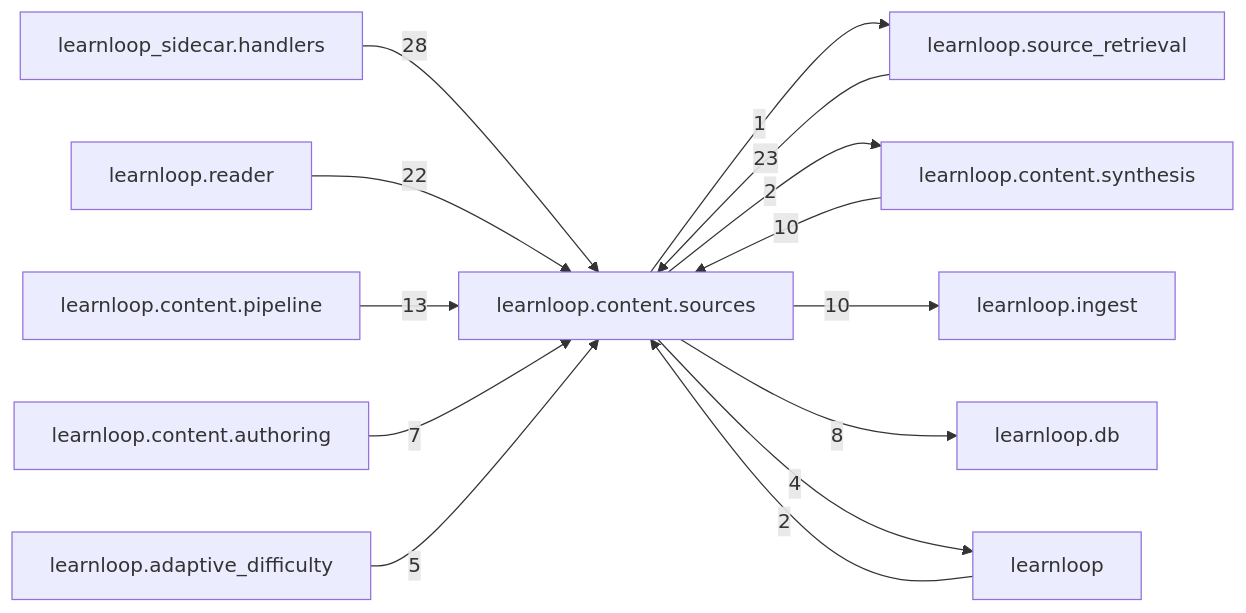
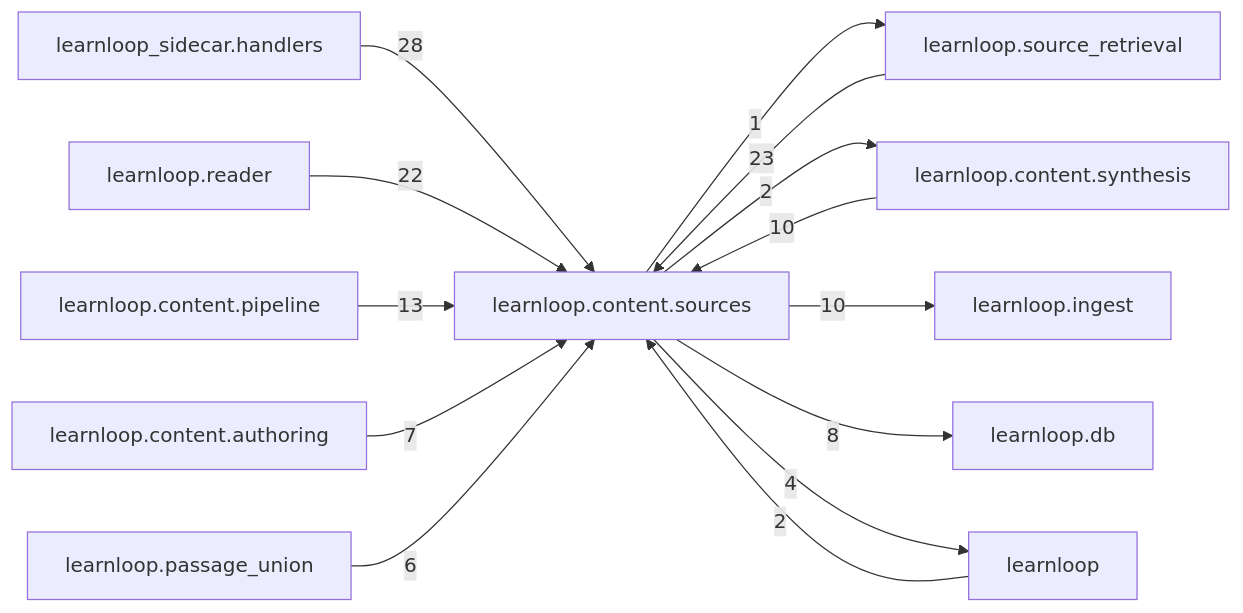
Before and after one commit to 6up-b/learnanything: the diagram in docs/learnloop-architecture-vault/Reference/Modules/learnloop/content/sources/_package.md, drawn with Mermaid. The commit also changed other lines of this file and 27 other files, not shown here.

````diff
--- a/docs/learnloop-architecture-vault/Reference/Modules/learnloop/content/sources/_package.md
+++ b/docs/learnloop-architecture-vault/Reference/Modules/learnloop/content/sources/_package.md
@@ -127,27 +127,27 @@
 ```mermaid
 flowchart LR
     center["learnloop.content.sources"]
     n_learnloop_sidecar_handlers["learnloop_sidecar.handlers"]
     n_learnloop_source_retrieval["learnloop.source_retrieval"]
     n_learnloop_reader["learnloop.reader"]
     n_learnloop_content_pipeline["learnloop.content.pipeline"]
     n_learnloop_content_synthesis["learnloop.content.synthesis"]
     n_learnloop_ingest["learnloop.ingest"]
     n_learnloop_db["learnloop.db"]
     n_learnloop_content_authoring["learnloop.content.authoring"]
     n_learnloop["learnloop"]
-    n_learnloop_adaptive_difficulty["learnloop.adaptive_difficulty"]
+    n_learnloop_passage_union["learnloop.passage_union"]
     n_learnloop_sidecar_handlers -->|28| center
     n_learnloop_source_retrieval -->|23| center
     center -->|1| n_learnloop_source_retrieval
     n_learnloop_reader -->|22| center
     n_learnloop_content_pipeline -->|13| center
     n_learnloop_content_synthesis -->|10| center
     center -->|2| n_learnloop_content_synthesis
     center -->|10| n_learnloop_ingest
     center -->|8| n_learnloop_db
     n_learnloop_content_authoring -->|7| center
     n_learnloop -->|2| center
     center -->|4| n_learnloop
-    n_learnloop_adaptive_difficulty -->|5| center
+    n_learnloop_passage_union -->|6| center
 ```
````
